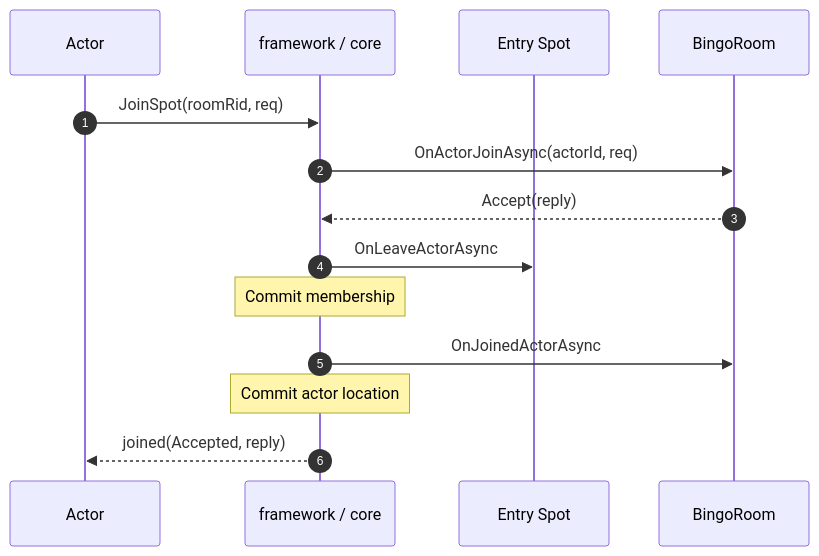
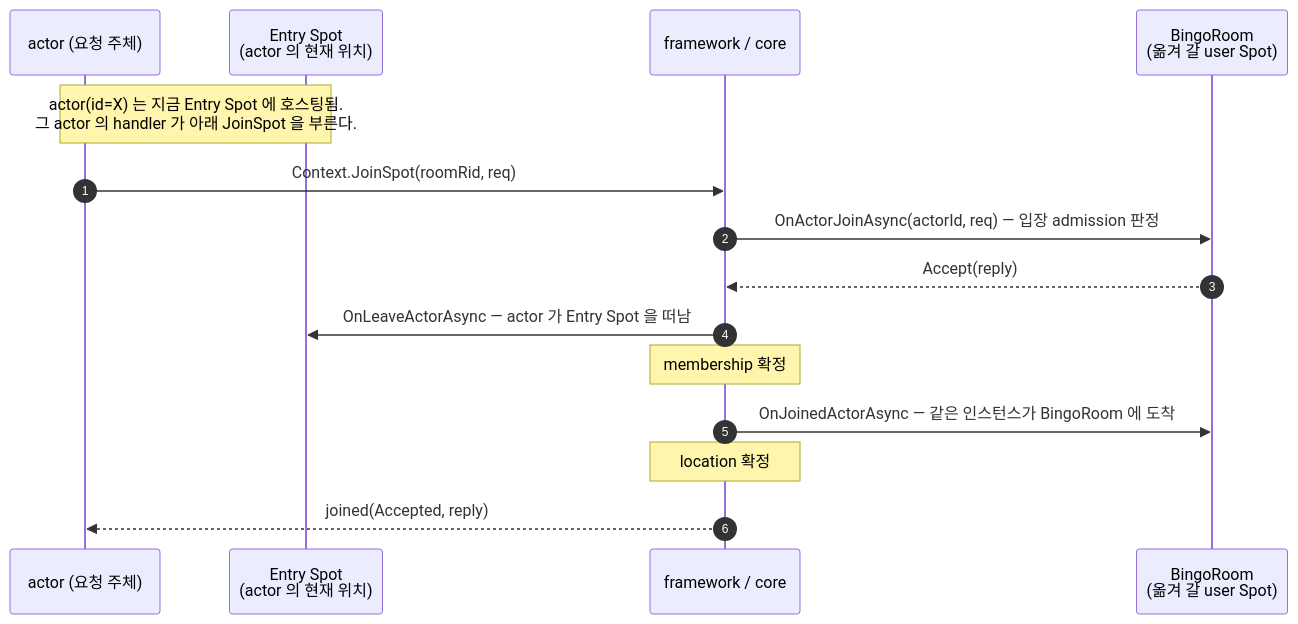
Before and after one commit to kairos-code-dev/zlink: the third of 5 diagrams in framework/doc/framework/dotnet/guide/06-actor-spot.ko.md, drawn with Mermaid. The commit also changed other lines of this file and 30 other files, not shown here.

````diff
--- a/framework/doc/framework/dotnet/guide/06-actor-spot.ko.md
+++ b/framework/doc/framework/dotnet/guide/06-actor-spot.ko.md
@@ -207,16 +240,17 @@
 ```mermaid
 sequenceDiagram
   autonumber
-  participant A as Actor
+  participant A as actor (요청 주체)
+  participant E as Entry Spot<br/>(actor 의 현재 위치)
   participant FW as framework / core
-  participant E as Entry Spot
-  participant R as BingoRoom
-  A->>FW: JoinSpot(roomRid, req)
-  FW->>R: OnActorJoinAsync(actorId, req)
+  participant R as BingoRoom<br/>(옮겨 갈 user Spot)
+  Note over A,E: actor(id=X) 는 지금 Entry Spot 에 호스팅됨.<br/>그 actor 의 handler 가 아래 JoinSpot 을 부른다.
+  A->>FW: Context.JoinSpot(roomRid, req)
+  FW->>R: OnActorJoinAsync(actorId, req) — 입장 admission 판정
   R-->>FW: Accept(reply)
-  FW->>E: OnLeaveActorAsync
-  Note over FW: Commit membership
-  FW->>R: OnJoinedActorAsync
-  Note over FW: Commit actor location
+  FW->>E: OnLeaveActorAsync — actor 가 Entry Spot 을 떠남
+  Note over FW: membership 확정
+  FW->>R: OnJoinedActorAsync — 같은 인스턴스가 BingoRoom 에 도착
+  Note over FW: location 확정
   FW-->>A: joined(Accepted, reply)
 ```
````
